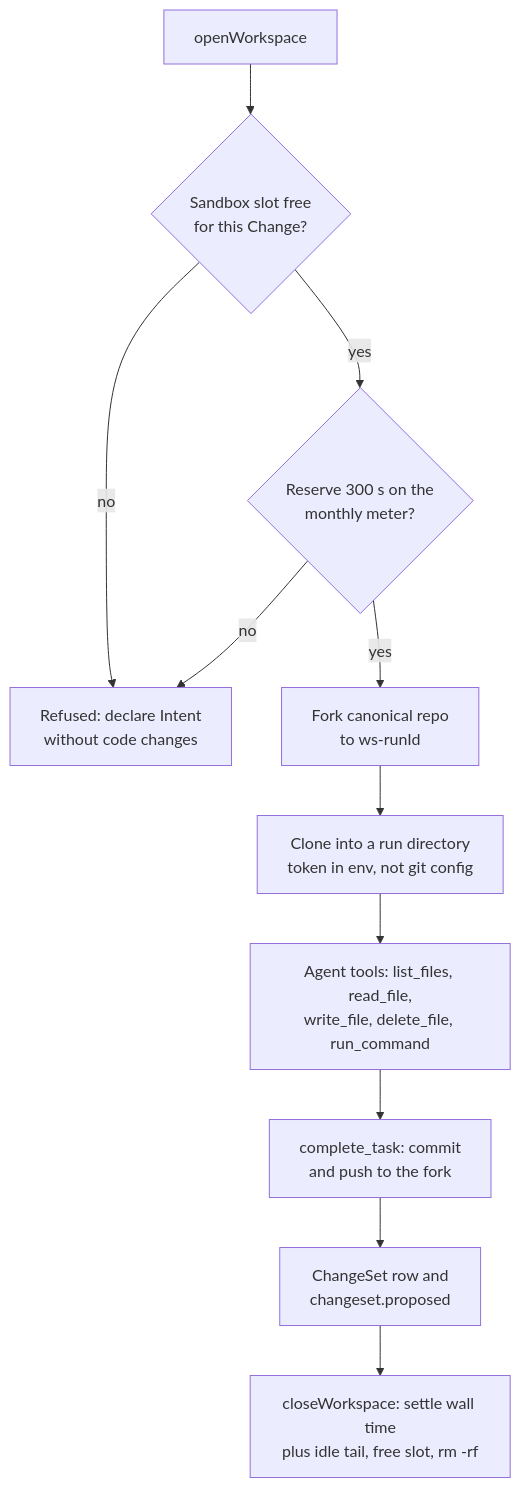
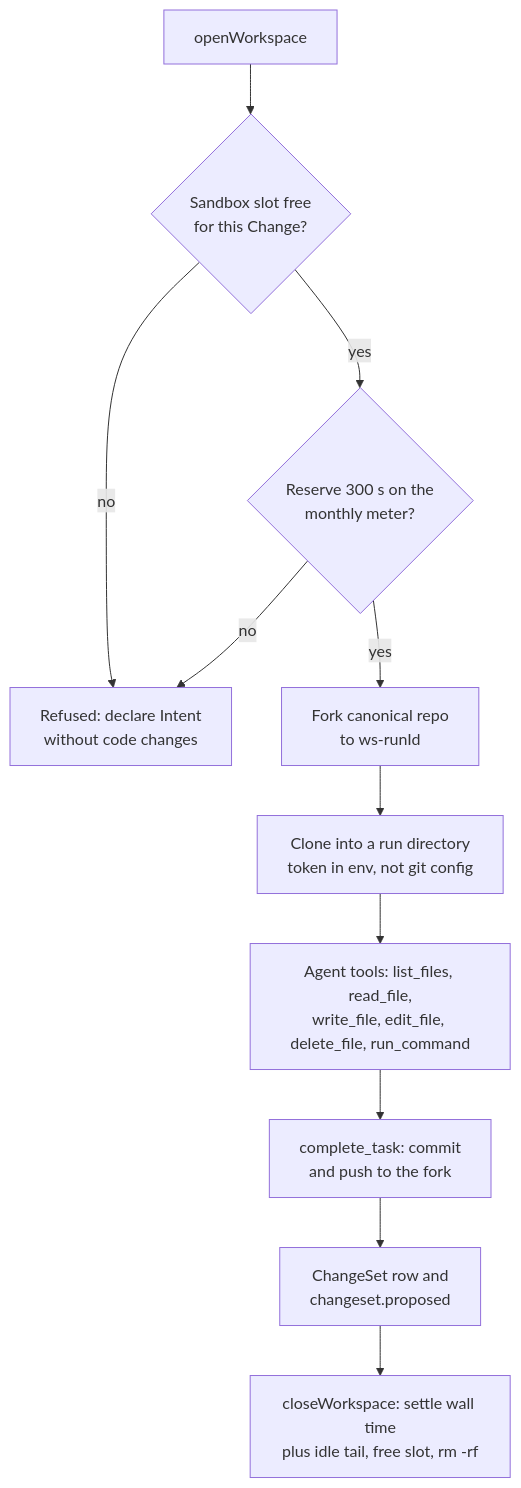
The diagram in docs/adr/0011-sandbox-workspaces.md (nsudhanva/rhumbatron), drawn with Mermaid before and after one commit. The commit also changed other lines of this file and 322 other files, not shown here.

````diff
--- a/docs/adr/0011-sandbox-workspaces.md
+++ b/docs/adr/0011-sandbox-workspaces.md
@@ -50,13 +52,13 @@
 ```mermaid
 flowchart TD
   A["openWorkspace"] --> B{"Sandbox slot free<br/>for this Change?"}
   B -- no --> R["Refused: declare Intent<br/>without code changes"]
   B -- yes --> C{"Reserve 300 s on the<br/>monthly meter?"}
   C -- no --> R
   C -- yes --> D["Fork canonical repo<br/>to ws-runId"]
   D --> E["Clone into a run directory<br/>token in env, not git config"]
-  E --> F["Agent tools: list_files, read_file,<br/>write_file, delete_file, run_command"]
+  E --> F["Agent tools: list_files, read_file,<br/>write_file, edit_file, delete_file, run_command"]
   F --> G["complete_task: commit<br/>and push to the fork"]
   G --> H["ChangeSet row and<br/>changeset.proposed"]
   H --> I["closeWorkspace: settle wall time<br/>plus idle tail, free slot, rm -rf"]
 ```
````
